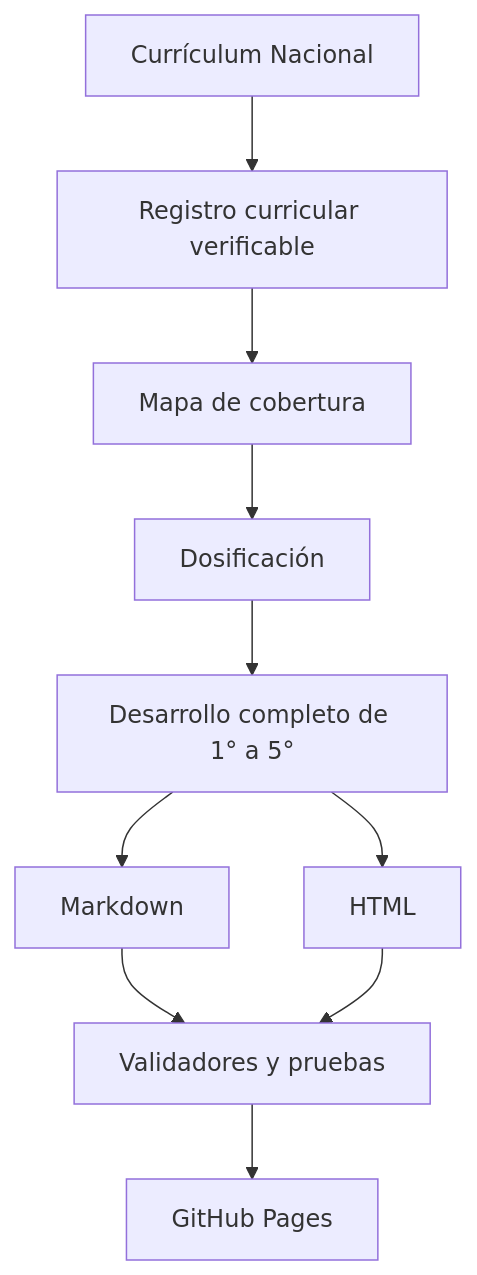
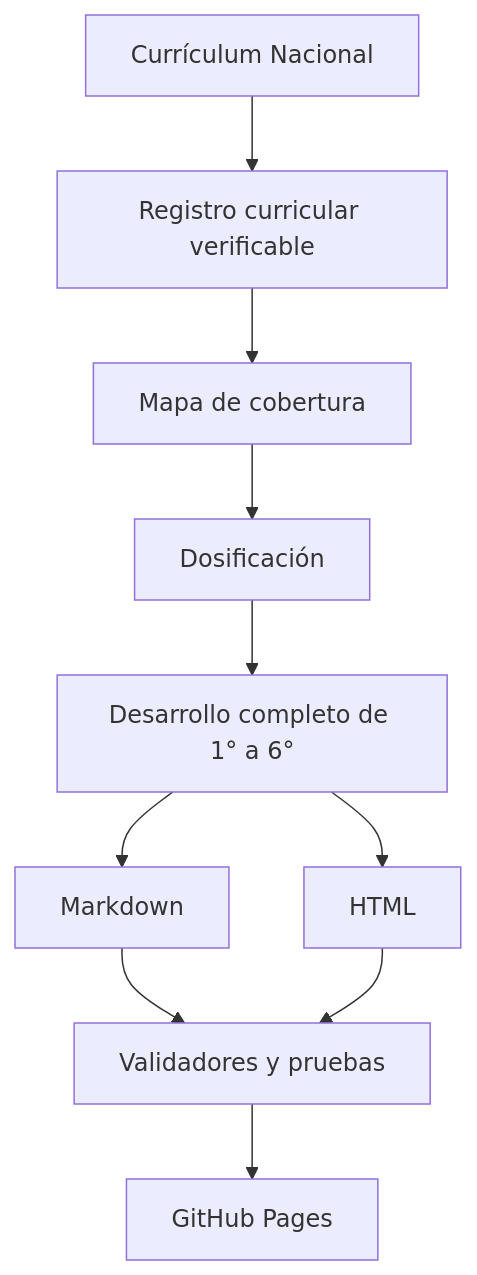
Before and after one commit to vladimiracunadev-create/chilean-school-learning-path: the second of 2 diagrams in README.md, drawn with Mermaid. The commit also changed other lines of this file and 580 other files, not shown here.

````diff
--- a/README.md
+++ b/README.md
@@ -356,12 +357,12 @@
 ```mermaid
 flowchart TD
     A[Currículum Nacional] --> B[Registro curricular verificable]
     B --> C[Mapa de cobertura]
     C --> D[Dosificación]
-    D --> E[Desarrollo completo de 1° a 5°]
+    D --> E[Desarrollo completo de 1° a 6°]
     E --> F[Markdown]
     E --> G[HTML]
     F --> H[Validadores y pruebas]
     G --> H
     H --> I[GitHub Pages]
 ```
````
